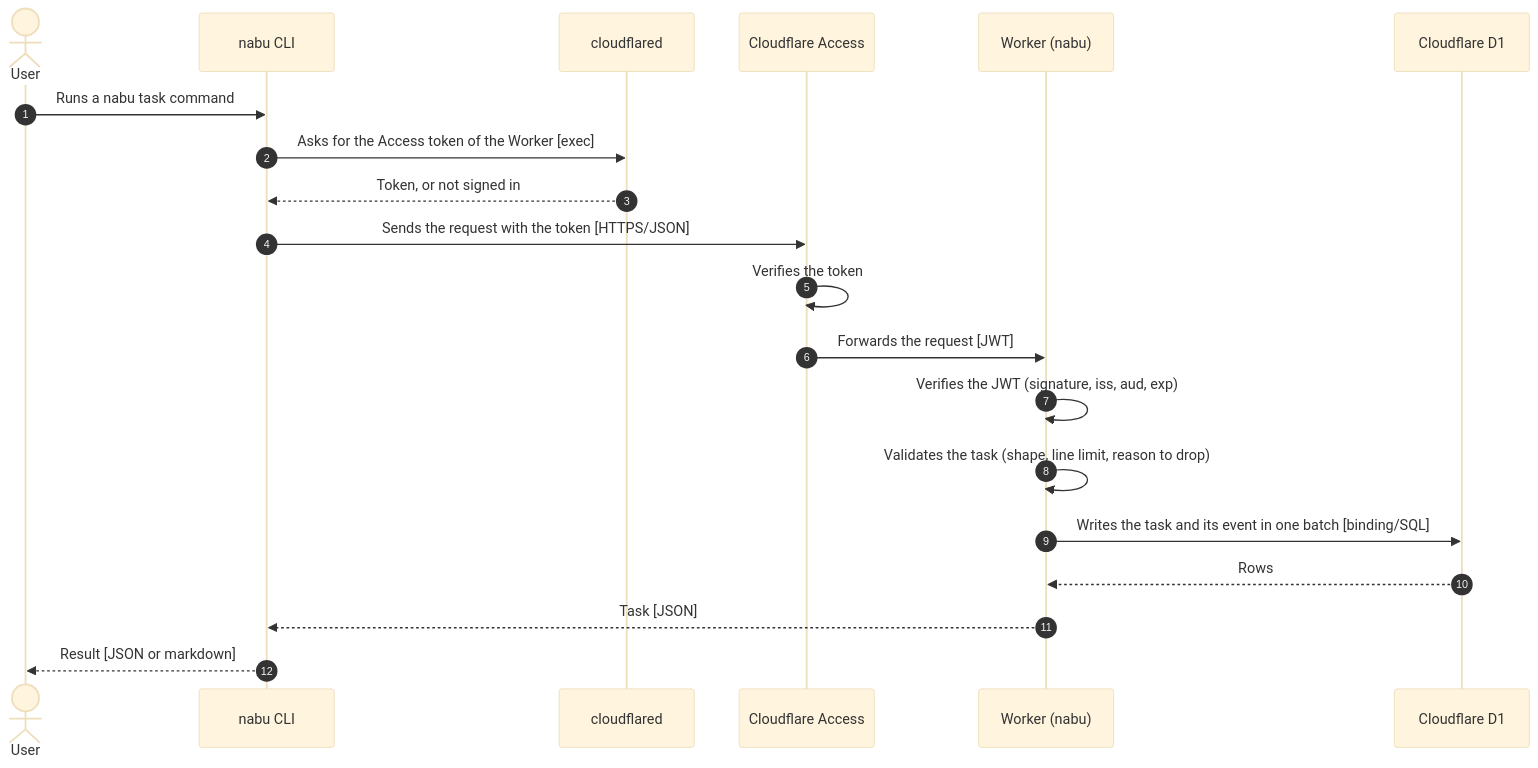
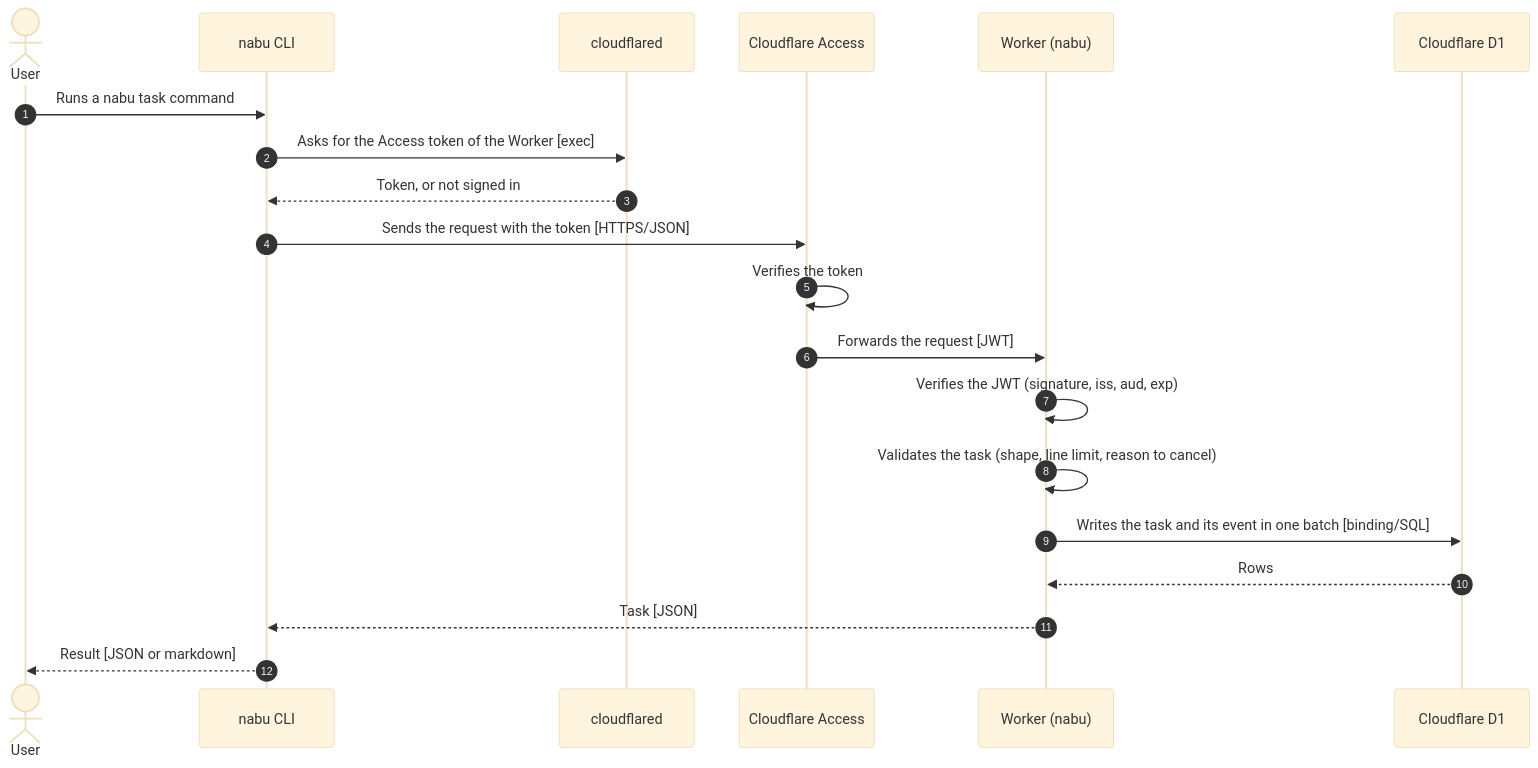
The first of 4 diagrams in docs/architecture.md (gitt510/nabu), drawn with Mermaid (base theme) before and after one commit. The commit also changed 18 other files, not shown here.

````diff
--- a/docs/architecture.md
+++ b/docs/architecture.md
@@ -5,23 +5,23 @@
 ```mermaid
 sequenceDiagram
   autonumber
   actor User
   participant CLI as nabu CLI
   participant Cloudflared as cloudflared
   participant Access as Cloudflare Access
   participant Worker as Worker (nabu)
   participant D1 as Cloudflare D1
 
   User->>CLI: Runs a nabu task command
   CLI->>Cloudflared: Asks for the Access token of the Worker [exec]
   Cloudflared-->>CLI: Token, or not signed in
   CLI->>Access: Sends the request with the token [HTTPS/JSON]
   Access->>Access: Verifies the token
   Access->>Worker: Forwards the request [JWT]
   Worker->>Worker: Verifies the JWT (signature, iss, aud, exp)
-  Worker->>Worker: Validates the task (shape, line limit, reason to drop)
+  Worker->>Worker: Validates the task (shape, line limit, reason to cancel)
   Worker->>D1: Writes the task and its event in one batch [binding/SQL]
   D1-->>Worker: Rows
   Worker-->>CLI: Task [JSON]
   CLI-->>User: Result [JSON or markdown]
 ```
````
